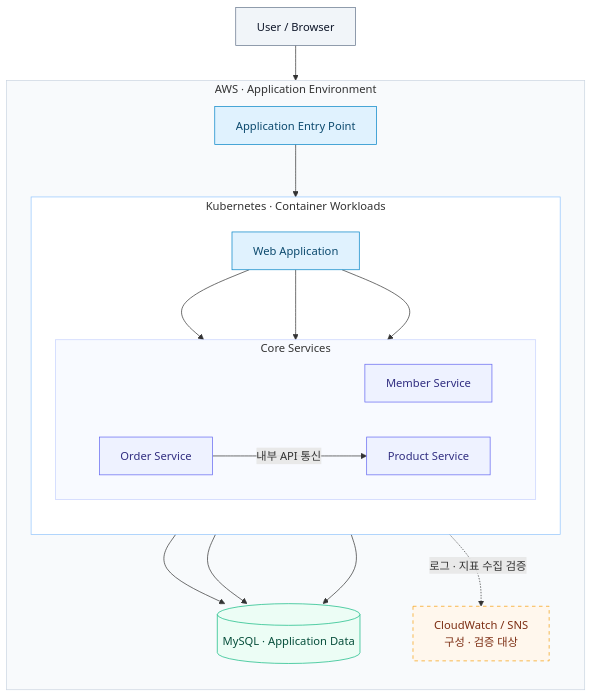
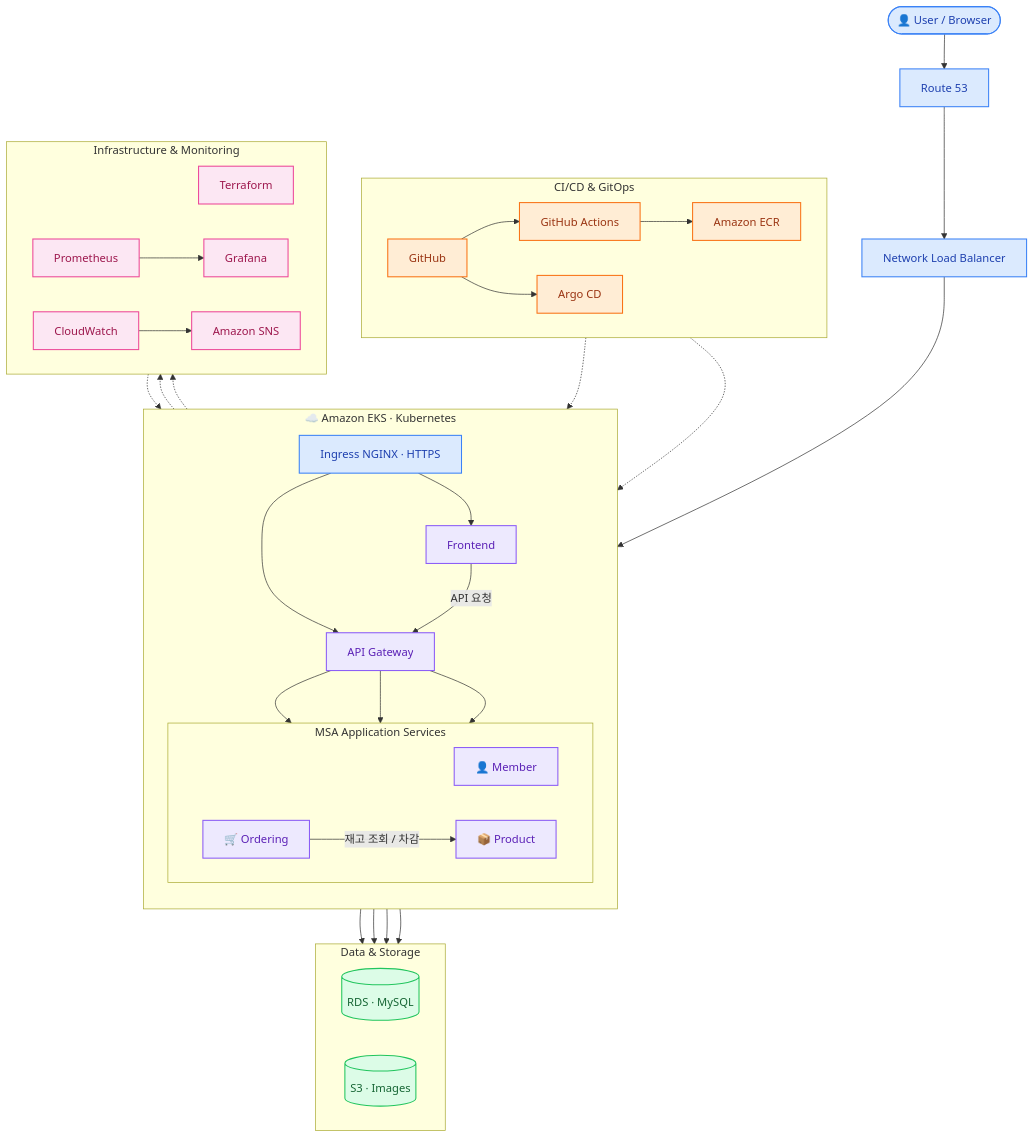
One commit to yjeee-ghub/deployshop changed the first of 2 diagrams in README.md. Above: the diagram before and after it, drawn with Mermaid. The commit also changed other lines of this file, not shown here.

````diff
--- a/README.md
+++ b/README.md
@@ -32,47 +22,81 @@
 ```mermaid
 flowchart TB
-    USER["User / Browser"]
+    USER(["👤 User / Browser"])
+    DNS["Route 53"]
+    NLB["Network Load Balancer"]
+    ING["Ingress NGINX · HTTPS"]
 
-    subgraph AWS["AWS · Application Environment"]
+    USER --> DNS --> NLB --> ING
+
+    subgraph EKS["☁️ Amazon EKS · Kubernetes"]
         direction TB
-        ENTRY["Application Entry Point"]
+        FRONT["Frontend"]
+        GW["API Gateway"]
 
-        subgraph K8S["Kubernetes · Container Workloads"]
-            direction TB
-            WEB["Web Application"]
-            subgraph SERVICES["Core Services"]
-                direction LR
-                MEMBER["Member Service"]
-                PRODUCT["Product Service"]
-                ORDER["Order Service"]
-            end
+        subgraph SERVICES["MSA Application Services"]
+            direction LR
+            MEMBER["👤 Member"]
+            PRODUCT["📦 Product"]
+            ORDER["🛒 Ordering"]
         end
 
-        DB[("MySQL · Application Data")]
-        OBS["CloudWatch / SNS<br/>구성 · 검증 대상"]
+        ING --> FRONT
+        ING --> GW
+        FRONT -->|"API 요청"| GW
+
+        GW --> MEMBER
+        GW --> PRODUCT
+        GW --> ORDER
+        ORDER -->|"재고 조회 / 차감"| PRODUCT
     end
 
-    USER --> ENTRY --> WEB
-    WEB --> MEMBER
-    WEB --> PRODUCT
-    WEB --> ORDER
-    ORDER -->|"내부 API 통신"| PRODUCT
-    MEMBER --> DB
-    PRODUCT --> DB
-    ORDER --> DB
-    K8S -. "로그 · 지표 수집 검증" .-> OBS
+    subgraph DATA["Data & Storage"]
+        direction LR
+        RDS[("RDS · MySQL")]
+        S3[("S3 · Images")]
+    end
 
-    classDef client fill:#F1F5F9,stroke:#64748B,color:#0F172A
-    classDef entry fill:#E0F2FE,stroke:#0284C7,color:#0C4A6E
-    classDef service fill:#EEF2FF,stroke:#6366F1,color:#312E81
-    classDef data fill:#ECFDF5,stroke:#10B981,color:#064E3B
-    classDef planned fill:#FFF7ED,stroke:#F59E0B,color:#7C2D12,stroke-dasharray:5 5
-    class USER client
-    class ENTRY,WEB entry
-    class MEMBER,PRODUCT,ORDER service
-    class DB data
-    class OBS planned
-    style AWS fill:#F8FAFC,stroke:#CBD5E1
-    style K8S fill:#FFFFFF,stroke:#93C5FD
-    style SERVICES fill:#F8FAFF,stroke:#C7D2FE
+    MEMBER --> RDS
+    PRODUCT --> RDS
+    ORDER --> RDS
+    PRODUCT --> S3
+
+    subgraph PIPELINE["CI/CD & GitOps"]
+        direction LR
+        GIT["GitHub"]
+        ACTIONS["GitHub Actions"]
+        ECR["Amazon ECR"]
+        ARGO["Argo CD"]
+        GIT --> ACTIONS --> ECR
+        GIT --> ARGO
+    end
+
+    subgraph OPERATIONS["Infrastructure & Monitoring"]
+        direction LR
+        TF["Terraform"]
+        PROM["Prometheus"]
+        GRAF["Grafana"]
+        CW["CloudWatch"]
+        SNS["Amazon SNS"]
+        PROM --> GRAF
+        CW --> SNS
+    end
+
+    ECR -.-> EKS
+    ARGO -.-> EKS
+    TF -.-> EKS
+    EKS -.-> PROM
+    EKS -.-> CW
+
+    classDef network fill:#dbeafe,stroke:#3b82f6,color:#1e40af,stroke-width:1.5px
+    classDef app fill:#ede9fe,stroke:#8b5cf6,color:#5b21b6,stroke-width:1.5px
+    classDef storage fill:#dcfce7,stroke:#22c55e,color:#166534,stroke-width:1.5px
+    classDef pipeline fill:#ffedd5,stroke:#f97316,color:#9a3412,stroke-width:1.5px
+    classDef monitor fill:#fce7f3,stroke:#ec4899,color:#9d174d,stroke-width:1.5px
+
+    class USER,DNS,NLB,ING network
+    class FRONT,GW,MEMBER,PRODUCT,ORDER app
+    class RDS,S3 storage
+    class GIT,ACTIONS,ECR,ARGO pipeline
+    class TF,PROM,GRAF,CW,SNS monitor
 ```
````
